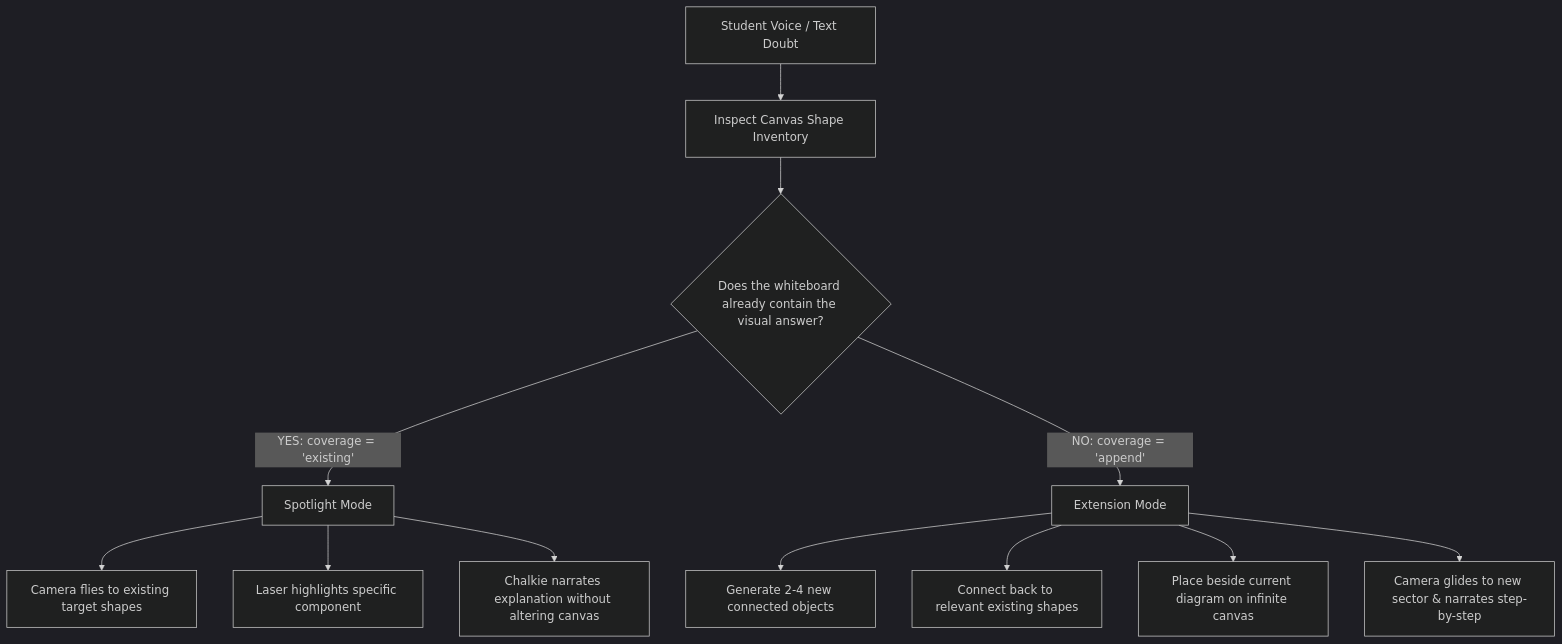
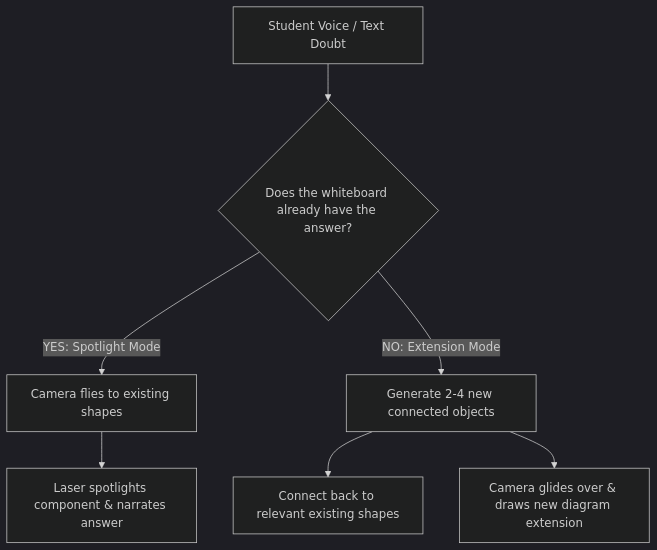
Before and after one commit to kushagarwal2910-lang/chalkie: the second of 2 diagrams in README.md, drawn with Mermaid (dark theme). The commit also changed other lines of this file, not shown here.

Commit message:
docs: streamline README and emphasize the offline teacher whiteboard paradigm over heavy video/pdf generators

````diff
--- a/README.md
+++ b/README.md
@@ -300,16 +122,11 @@
 ```mermaid
 flowchart TD
-    Doubt[Student Voice / Text Doubt] --> Inspect[Inspect Canvas Shape Inventory]
-    Inspect --> Decision{Does the whiteboard already contain the visual answer?}
+    Doubt[Student Voice / Text Doubt] --> Decision{Does the whiteboard already have the answer?}
     
-    Decision -- "YES: coverage = 'existing'" --> Spotlight[Spotlight Mode]
-    Spotlight --> FlyCam[Camera flies to existing target shapes]
-    Spotlight --> Laser[Laser highlights specific component]
-    Spotlight --> Voice[Chalkie narrates explanation without altering canvas]
+    Decision -- "YES: Spotlight Mode" --> Revisit[Camera flies to existing shapes]
+    Revisit --> Laser[Laser spotlights component & narrates answer]
     
-    Decision -- "NO: coverage = 'append'" --> Extend[Extension Mode]
-    Extend --> Gen[Generate 2-4 new connected objects]
-    Extend --> Anchor[Connect back to relevant existing shapes]
-    Extend --> Place[Place beside current diagram on infinite canvas]
-    Extend --> Guide[Camera glides to new sector & narrates step-by-step]
+    Decision -- "NO: Extension Mode" --> Append[Generate 2-4 new connected objects]
+    Append --> Connect[Connect back to relevant existing shapes]
+    Append --> Camera[Camera glides over & draws new diagram extension]
 ```
````
